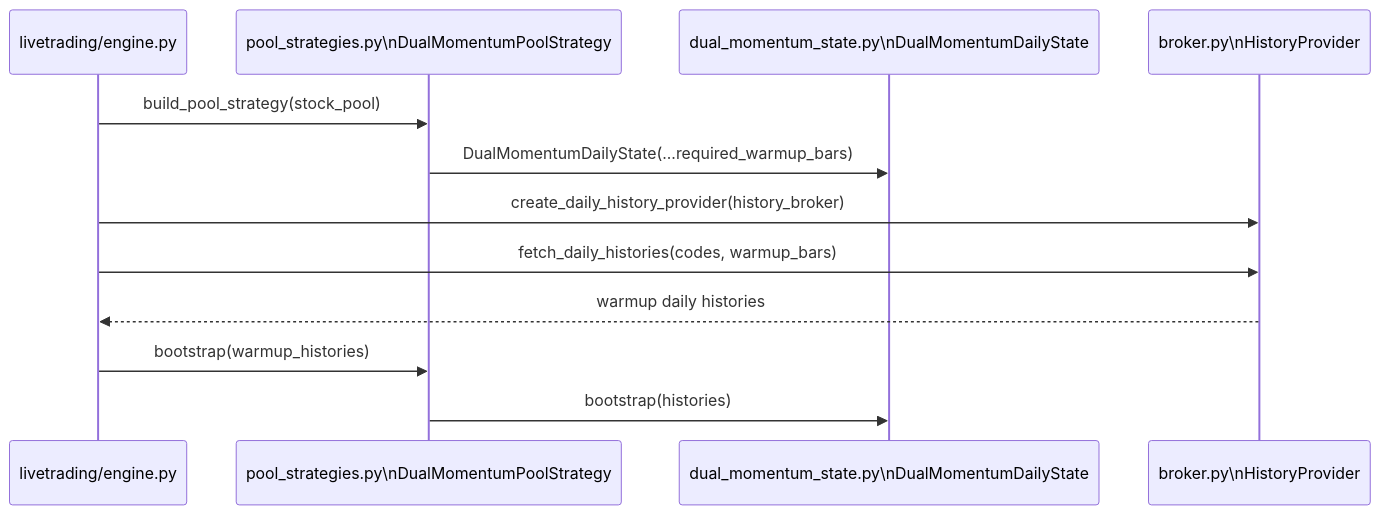
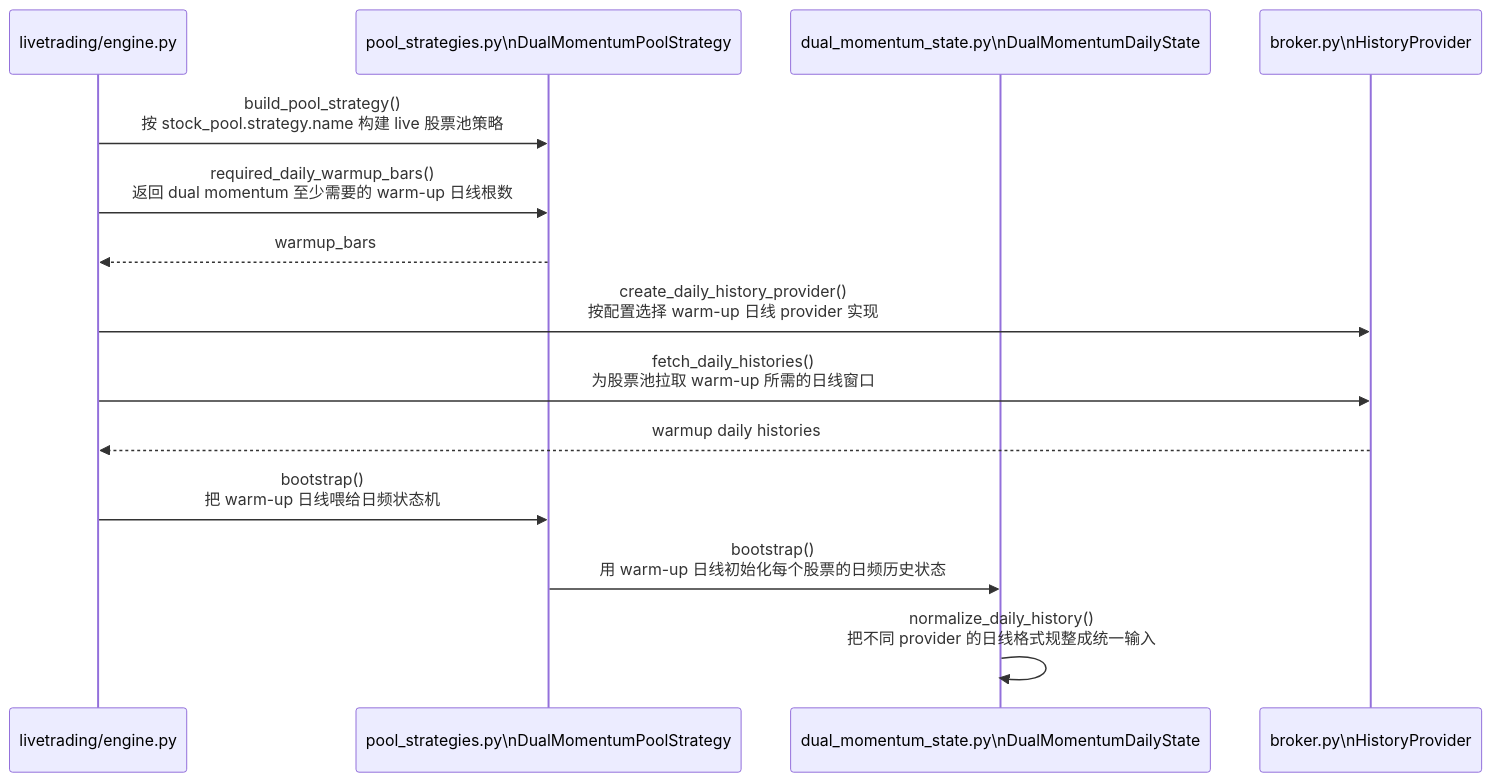
Before and after one commit to hangchow/backtest: the second of 6 diagrams in docs/README_livetrading_mock_sequence.md, drawn with Mermaid. The commit also changed other lines of this file and 11 other files, not shown here.

Commit message:
Clarify livetrading sequence flow docs

````diff
--- a/docs/README_livetrading_mock_sequence.md
+++ b/docs/README_livetrading_mock_sequence.md
@@ -67,17 +69,19 @@
 ```mermaid
 sequenceDiagram
     participant ENG as livetrading/engine.py
     participant PLS as pool_strategies.py\nDualMomentumPoolStrategy
     participant STATE as dual_momentum_state.py\nDualMomentumDailyState
     participant HB as broker.py\nHistoryProvider
 
-    ENG->>PLS: build_pool_strategy(stock_pool)
-    PLS->>STATE: DualMomentumDailyState(...required_warmup_bars)
+    ENG->>PLS: build_pool_strategy()<br/>按 stock_pool.strategy.name 构建 live 股票池策略
+    ENG->>PLS: required_daily_warmup_bars()<br/>返回 dual momentum 至少需要的 warm-up 日线根数
+    PLS-->>ENG: warmup_bars
 
-    ENG->>HB: create_daily_history_provider(history_broker)
-    ENG->>HB: fetch_daily_histories(codes, warmup_bars)
+    ENG->>HB: create_daily_history_provider()<br/>按配置选择 warm-up 日线 provider 实现
+    ENG->>HB: fetch_daily_histories()<br/>为股票池拉取 warm-up 所需的日线窗口
     HB-->>ENG: warmup daily histories
 
-    ENG->>PLS: bootstrap(warmup_histories)
-    PLS->>STATE: bootstrap(histories)
+    ENG->>PLS: bootstrap()<br/>把 warm-up 日线喂给日频状态机
+    PLS->>STATE: bootstrap()<br/>用 warm-up 日线初始化每个股票的日频历史状态
+    STATE->>STATE: normalize_daily_history()<br/>把不同 provider 的日线格式规整成统一输入
 ```
````
